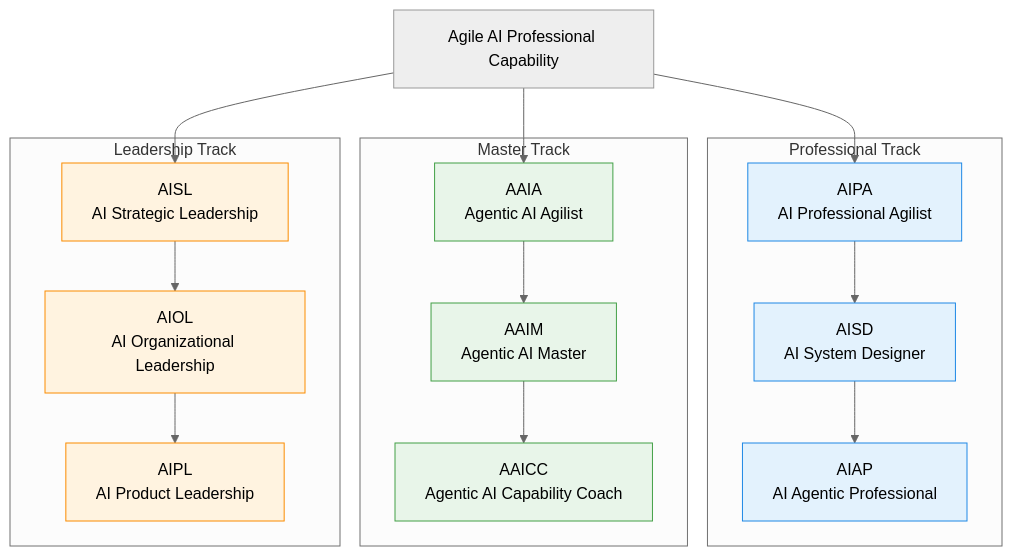
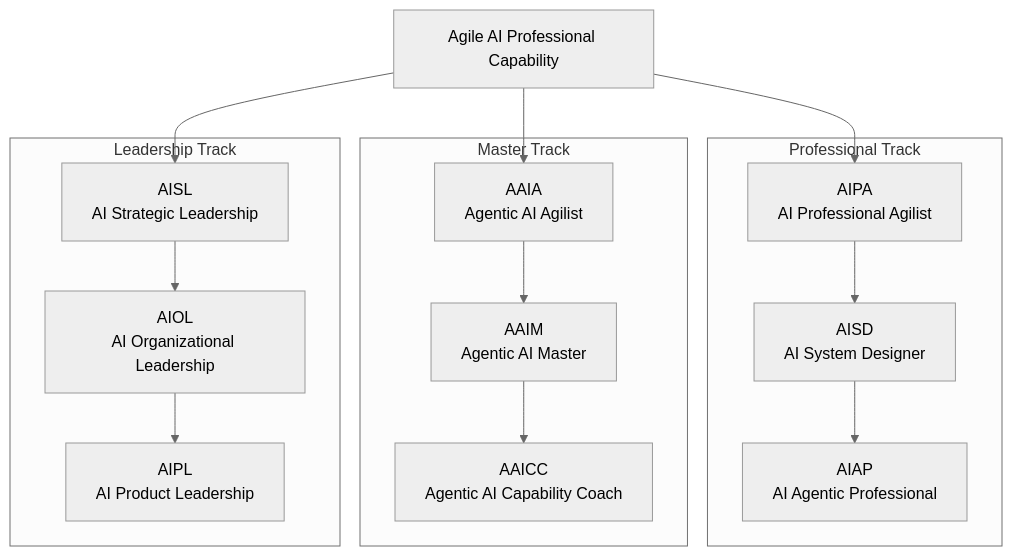
The diagram in agileai-spec/registry/credentials/Agile-AI-Credential-Registry.md (dileepavaai/FB-AGILEAI-UNIVERSITY), drawn with Mermaid (neutral theme) before and after one commit.

Commit message:
spec: fix mermaid syntax for credential architecture diagram

````diff
--- a/agileai-spec/registry/credentials/Agile-AI-Credential-Registry.md
+++ b/agileai-spec/registry/credentials/Agile-AI-Credential-Registry.md
@@ -52,38 +52,30 @@
 ```mermaid
 graph TD
 
 A[Agile AI Professional Capability]
 
 subgraph Professional Track
 P1[AIPA<br>AI Professional Agilist]
 P2[AISD<br>AI System Designer]
 P3[AIAP<br>AI Agentic Professional]
 P1 --> P2 --> P3
 end
 
 subgraph Master Track
 M1[AAIA<br>Agentic AI Agilist]
 M2[AAIM<br>Agentic AI Master]
 M3[AAICC<br>Agentic AI Capability Coach]
 M1 --> M2 --> M3
 end
 
 subgraph Leadership Track
 L1[AISL<br>AI Strategic Leadership]
 L2[AIOL<br>AI Organizational Leadership]
 L3[AIPL<br>AI Product Leadership]
 L1 --> L2 --> L3
 end
 
 A --> P1
 A --> M1
 A --> L1
-
-classDef professional fill:#e3f2fd,stroke:#1e88e5;
-classDef master fill:#e8f5e9,stroke:#43a047;
-classDef leadership fill:#fff3e0,stroke:#fb8c00;
-
-class P1,P2,P3 professional
-class M1,M2,M3 master
-class L1,L2,L3 leadership
 ```
````
